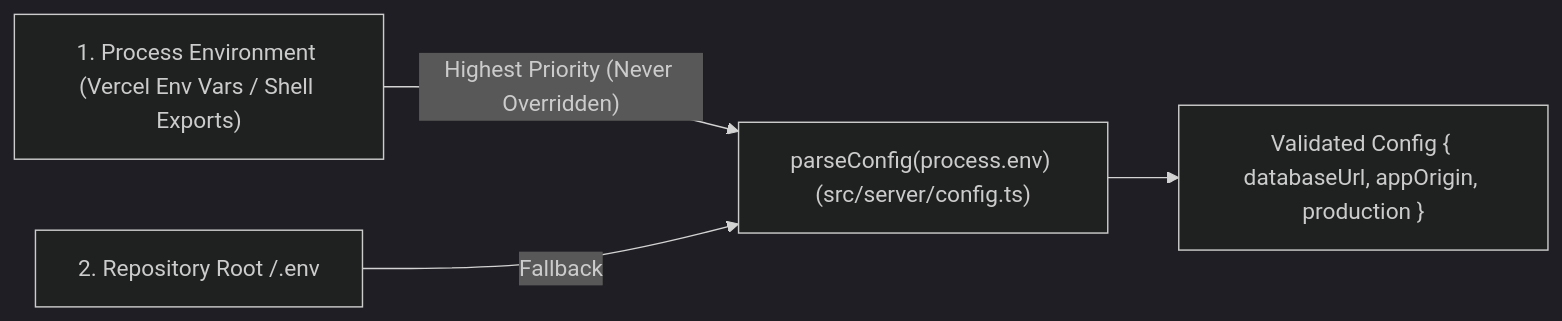
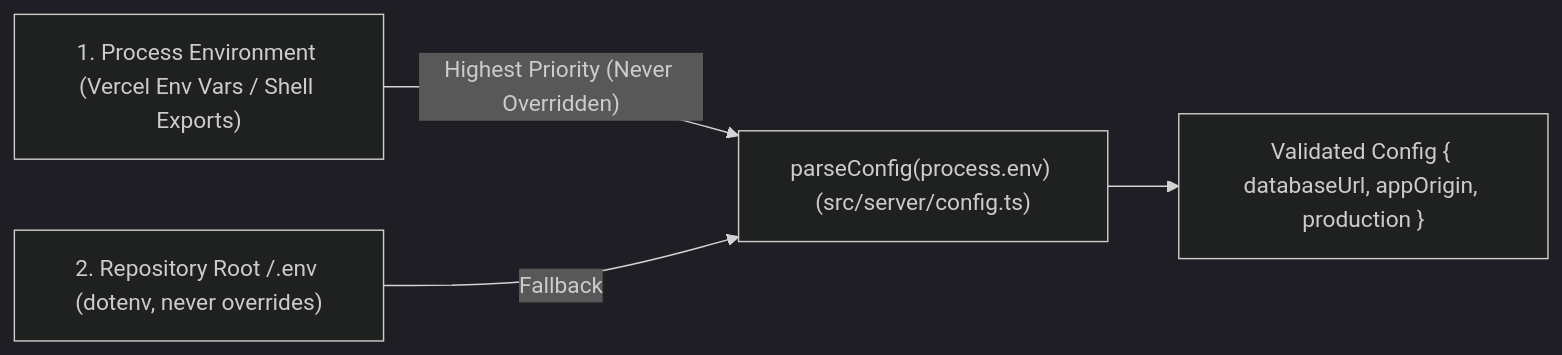
One commit to nnminh-sam/my_finance changed the fourth of 4 diagrams in docs/02-deployment-architecture.md. Above: the diagram before and after it, drawn with Mermaid (dark theme). The commit also changed other lines of this file and 27 other files, not shown here.

First line of the commit message:
docs: sync architecture docs with salary cycle, date-range loading, and current layout

````diff
--- a/docs/02-deployment-architecture.md
+++ b/docs/02-deployment-architecture.md
@@ -143,11 +143,11 @@
 ```mermaid
 flowchart LR
     P1["1. Process Environment (Vercel Env Vars / Shell Exports)"]
-    P2["2. Repository Root /.env"]
+    P2["2. Repository Root /.env (dotenv, never overrides)"]
     Parser["parseConfig(process.env) (src/server/config.ts)"]
     RuntimeConfig["Validated Config { databaseUrl, appOrigin, production }"]
 
     P1 -->|"Highest Priority (Never Overridden)"| Parser
     P2 -->|"Fallback"| Parser
     Parser --> RuntimeConfig
 ```
````
